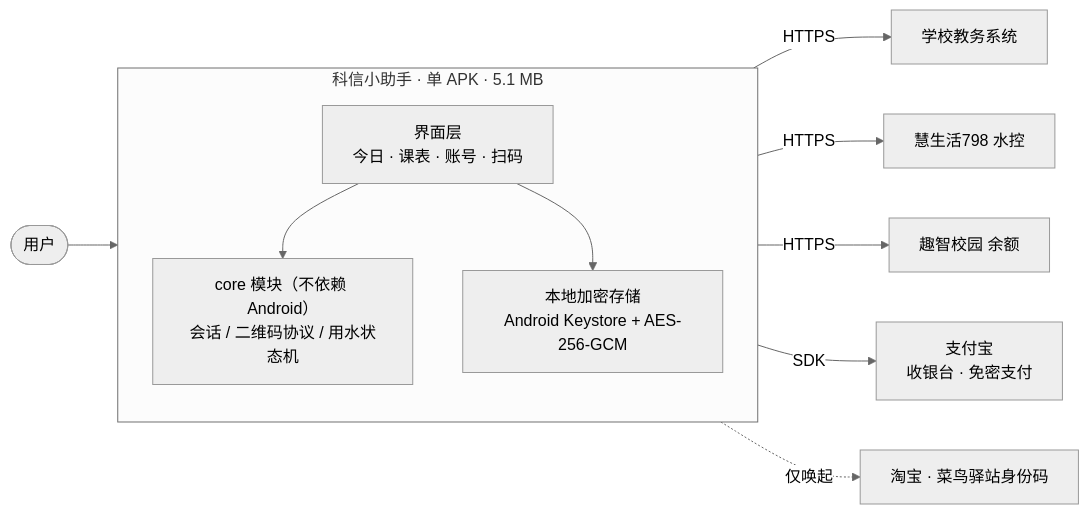
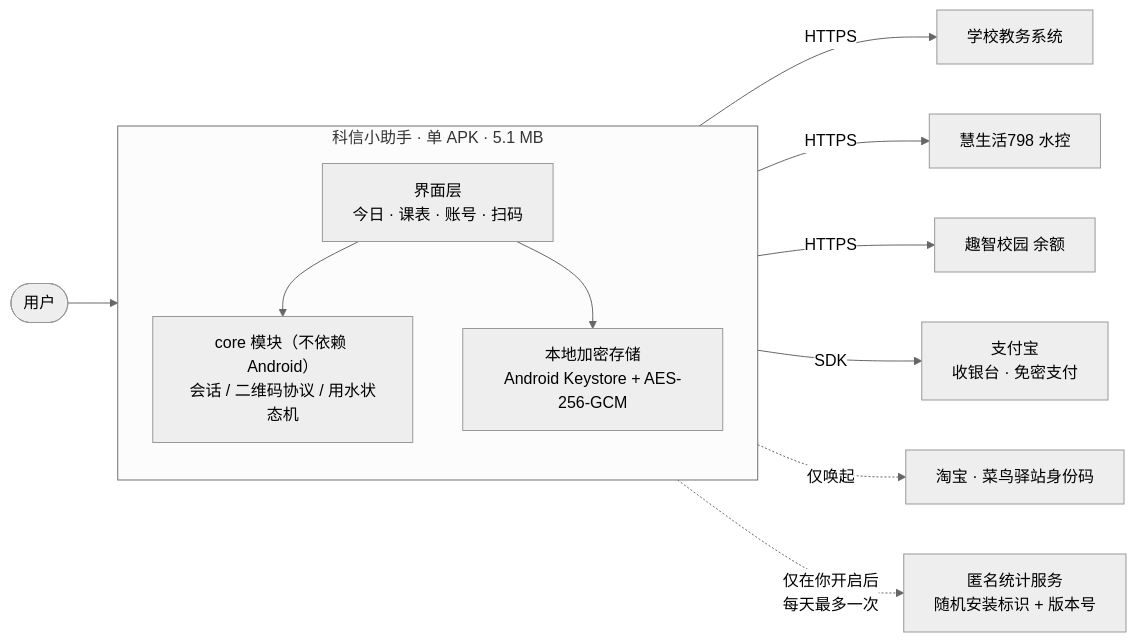
Before and after one commit to shynekoo/CampusKit: the first of 2 diagrams in README.md, drawn with Mermaid (neutral theme). The commit also changed other lines of this file and 37 other files, not shown here.

````diff
--- a/README.md
+++ b/README.md
@@ -81,18 +82,19 @@
 ```mermaid
 flowchart LR
     subgraph APP["科信小助手 · 单 APK · 5.1 MB"]
         direction TB
         UI["界面层<br/>今日 · 课表 · 账号 · 扫码"]
         CORE["core 模块（不依赖 Android）<br/>会话 / 二维码协议 / 用水状态机"]
         VAULT["本地加密存储<br/>Android Keystore + AES-256-GCM"]
         UI --> CORE
         UI --> VAULT
     end
 
     U([用户]) --> UI
     CORE -->|HTTPS| EDU["学校教务系统"]
     CORE -->|HTTPS| LIFE["慧生活798 水控"]
     CORE -->|HTTPS| QZXY["趣智校园 余额"]
     UI -->|SDK| ALI["支付宝<br/>收银台 · 免密支付"]
     UI -.->|仅唤起| TB["淘宝 · 菜鸟驿站身份码"]
+    UI -.->|仅在你开启后<br/>每天最多一次| STATS["匿名统计服务<br/>随机安装标识 + 版本号"]
 ```
````
